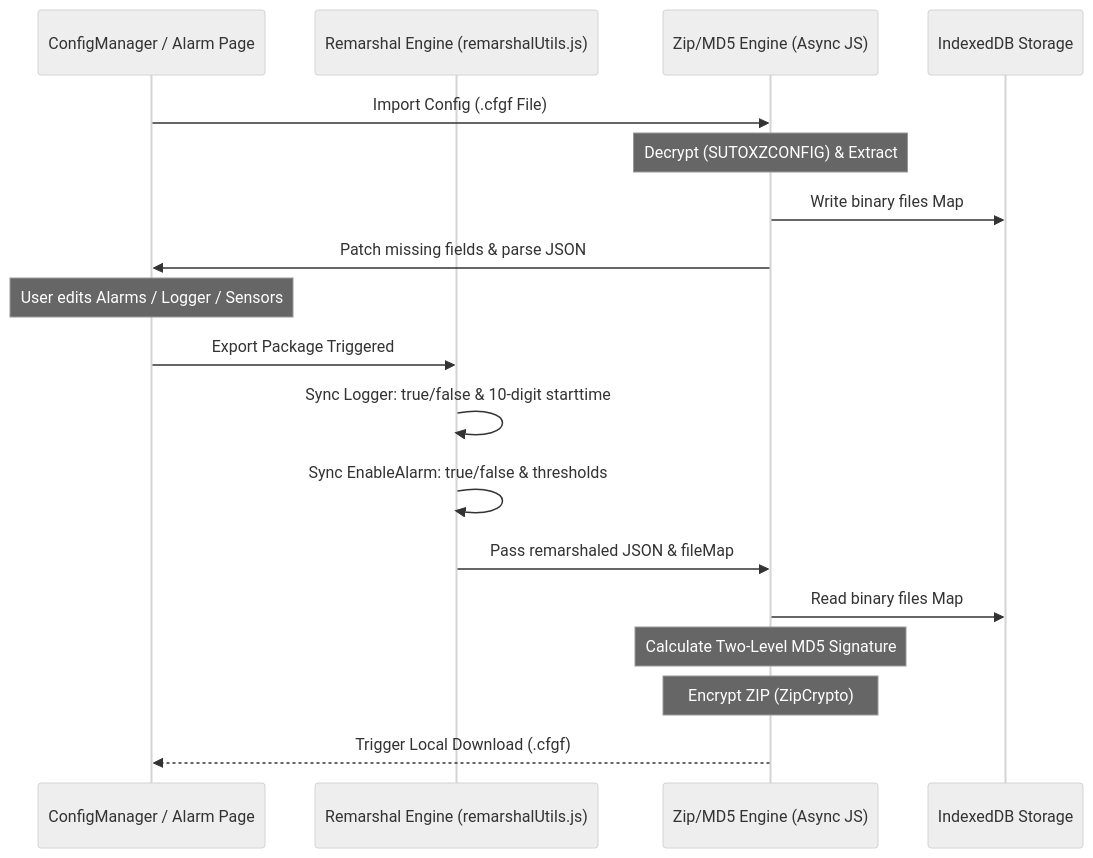
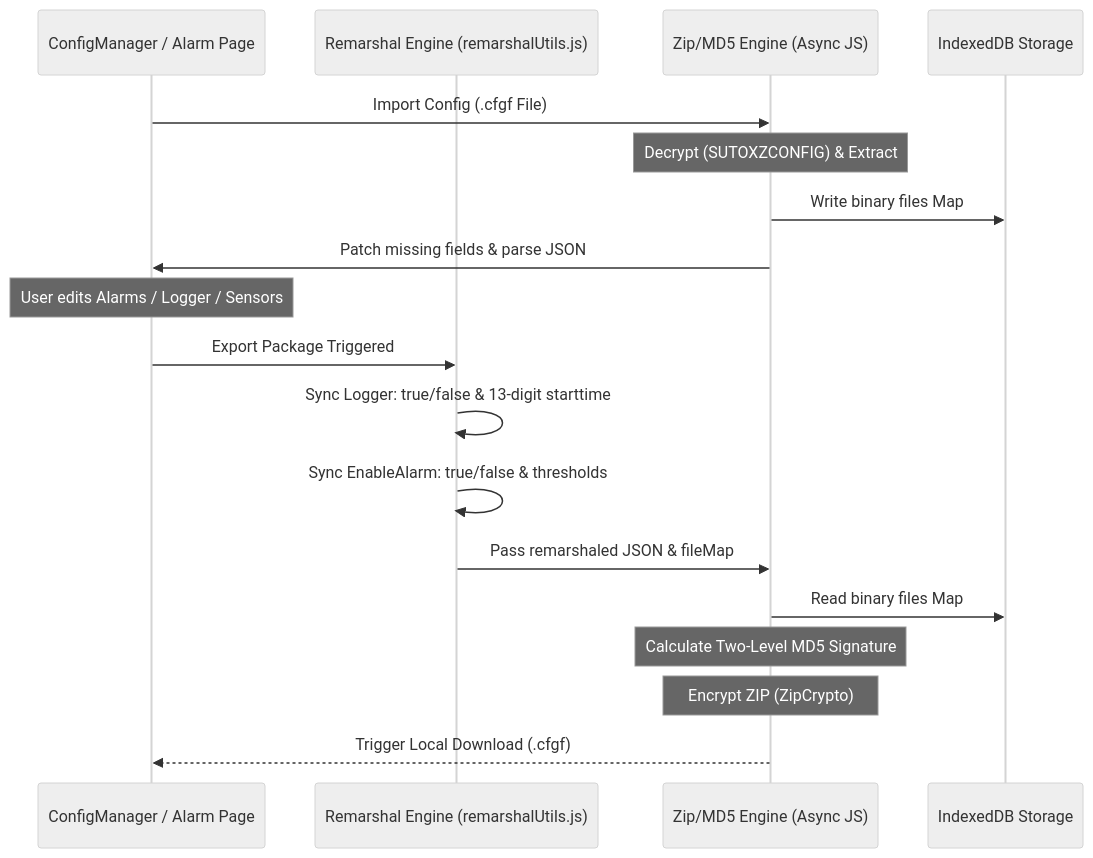
Before and after one commit to afeifly/smallNfast: the third of 3 diagrams in s4c-web/docs/report/ddd_prd_report.md, drawn with Mermaid (neutral theme). The commit also changed other lines of this file and 15 other files, not shown here.

````diff
--- a/s4c-web/docs/report/ddd_prd_report.md
+++ b/s4c-web/docs/report/ddd_prd_report.md
@@ -229,20 +229,20 @@
 ```mermaid
 sequenceDiagram
     participant UI as ConfigManager / Alarm Page
     participant R as Remarshal Engine (remarshalUtils.js)
     participant JS as Zip/MD5 Engine (Async JS)
     participant IDB as IndexedDB Storage
     UI->>JS: Import Config (.cfgf File)
     Note over JS: Decrypt (SUTOXZCONFIG) & Extract
     JS->>IDB: Write binary files Map
     JS->>UI: Patch missing fields & parse JSON
     Note over UI: User edits Alarms / Logger / Sensors
     UI->>R: Export Package Triggered
-    R->>R: Sync Logger: true/false & 10-digit starttime
+    R->>R: Sync Logger: true/false & 13-digit starttime
     R->>R: Sync EnableAlarm: true/false & thresholds
     R->>JS: Pass remarshaled JSON & fileMap
     JS->>IDB: Read binary files Map
     Note over JS: Calculate Two-Level MD5 Signature
     Note over JS: Encrypt ZIP (ZipCrypto)
     JS-->>UI: Trigger Local Download (.cfgf)
 ```
````
